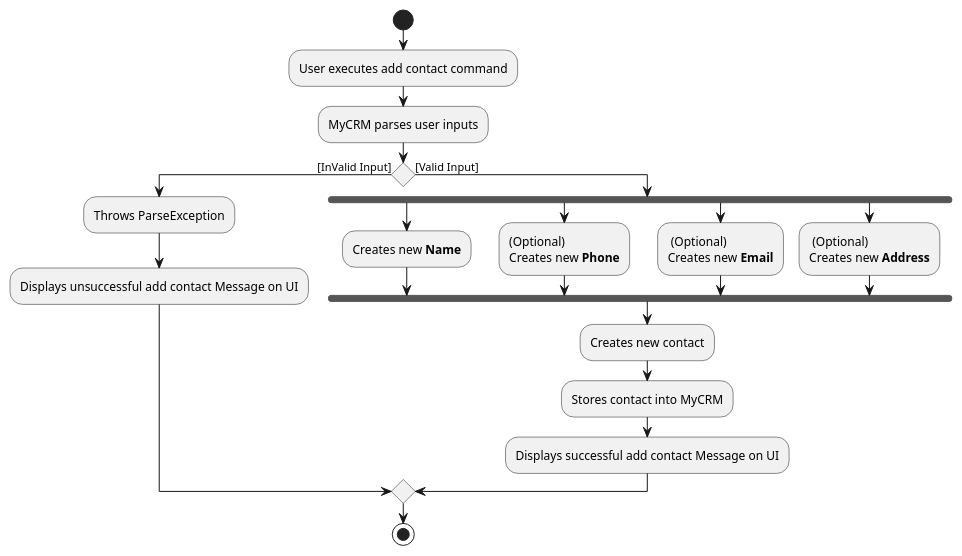
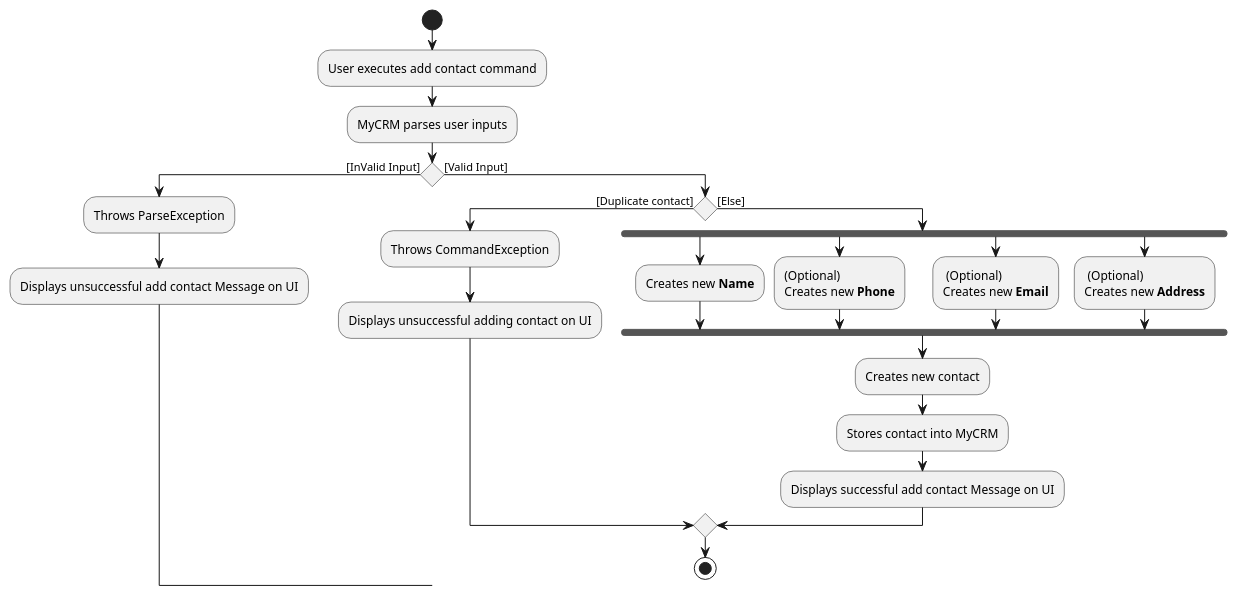
One commit to ooawagaeri/tp changed the diagram in docs/diagrams/contact/AddContactActivityDiagram.puml. Above: the diagram before and after it, drawn with PlantUML. The commit also changed 9 other files, not shown here.

Commit message:
Add more details in contact diagrams.

```diff
--- a/docs/diagrams/contact/AddContactActivityDiagram.puml
+++ b/docs/diagrams/contact/AddContactActivityDiagram.puml
@@ -1,26 +1,30 @@
 @startuml
 start
 :User executes add contact command;
 :MyCRM parses user inputs;
 if() then ([InValid Input])
     :Throws ParseException;
     :Displays unsuccessful add contact Message on UI;
 else ([Valid Input])
+    if () then ([Duplicate contact])
+        :Throws CommandException;
+        :Displays unsuccessful adding contact on UI;
+    else ([Else])
     fork
     :Creates new **Name**;
     fork again
     :(Optional)
     Creates new **Phone**;
     fork again
     : (Optional)
     Creates new **Email**;
     fork again
     : (Optional)
     Creates new **Address**;
     end fork
     :Creates new contact;
     :Stores contact into MyCRM;
     :Displays successful add contact Message on UI;
 endif;
 stop
 @enduml
```
